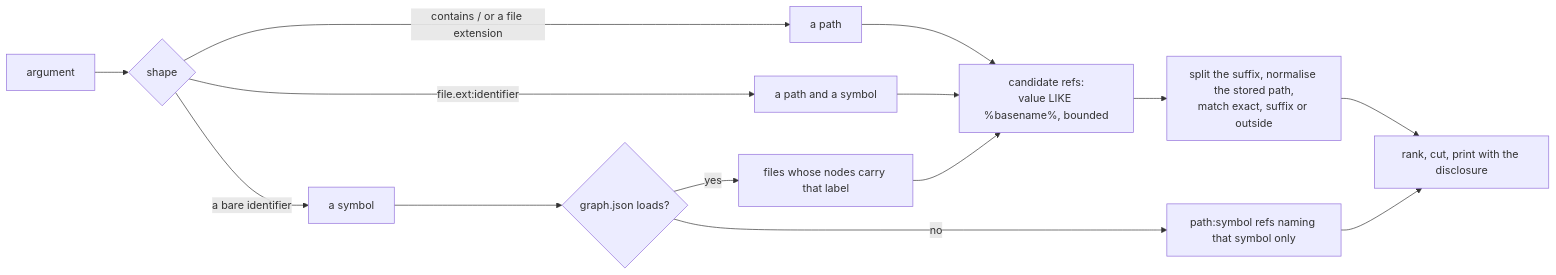
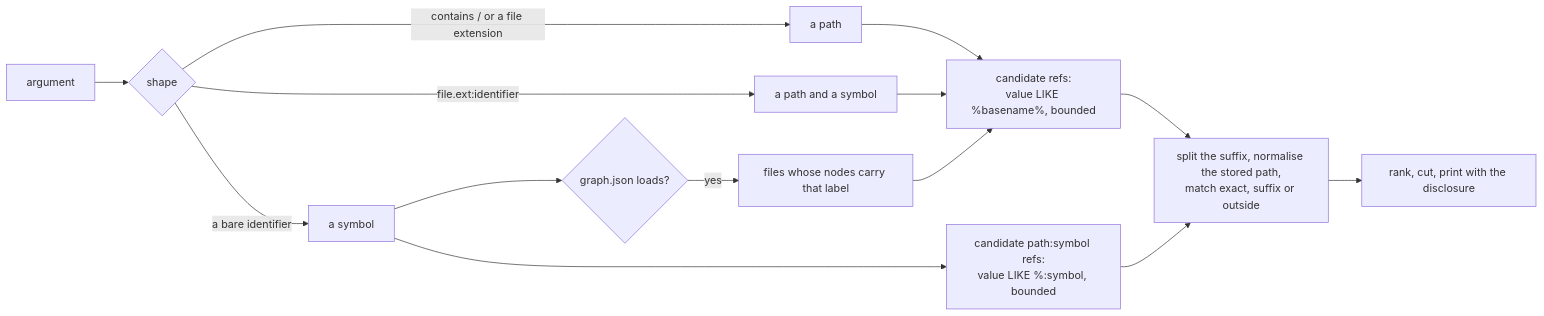
One commit to Synapsium-Labs/ccrc-pwa changed the second of 3 diagrams in docs/superpowers/specs/2026-10-29-ccrc-history-w4-subagents-touched-design.md. Above: the diagram before and after it, drawn with Mermaid. The commit also changed other lines of this file and 1 other file, not shown here.

````diff
--- a/docs/superpowers/specs/2026-10-29-ccrc-history-w4-subagents-touched-design.md
+++ b/docs/superpowers/specs/2026-10-29-ccrc-history-w4-subagents-touched-design.md
@@ -187,16 +243,16 @@
 ```mermaid
 flowchart LR
   ARG["argument"] --> K{"shape"}
   K -- "contains / or a file extension" --> P["a path"]
   K -- "file.ext:identifier" --> PS["a path and a symbol"]
   K -- "a bare identifier" --> S["a symbol"]
+  S --> SQ["candidate path:symbol refs:<br/>value LIKE %:symbol, bounded"]
   S --> G{"graph.json loads?"}
   G -- "yes" --> F["files whose nodes carry that label"]
-  G -- "no" --> SR["path:symbol refs naming that symbol only"]
   P --> Q["candidate refs:<br/>value LIKE %basename%, bounded"]
   PS --> Q
   F --> Q
   Q --> NM["split the suffix, normalise the stored path,<br/>match exact, suffix or outside"]
-  SR --> RK["rank, cut, print with the disclosure"]
-  NM --> RK
+  SQ --> NM
+  NM --> RK["rank, cut, print with the disclosure"]
 ```
````
